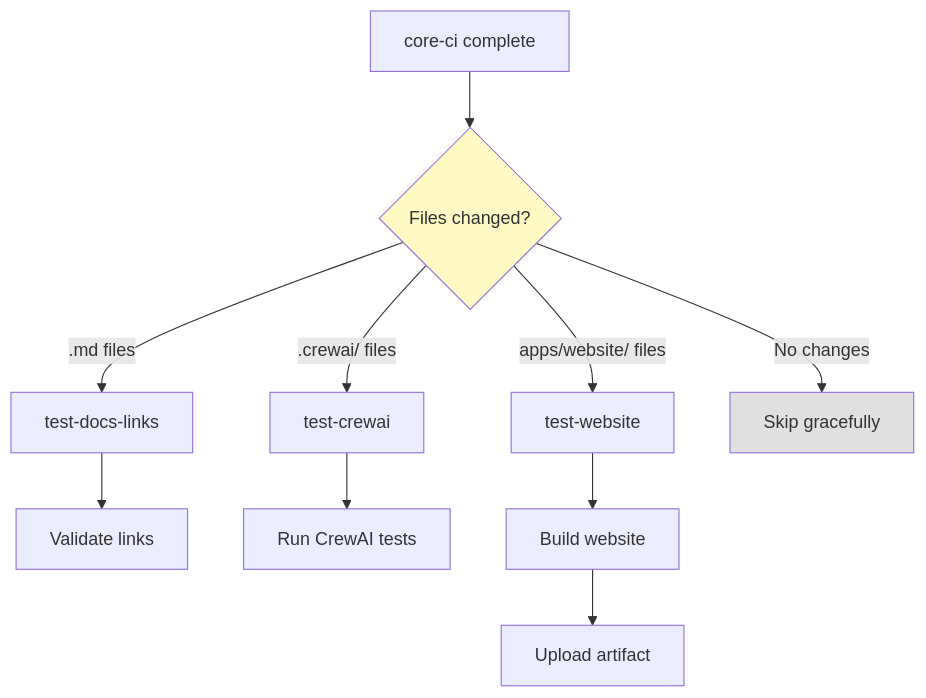
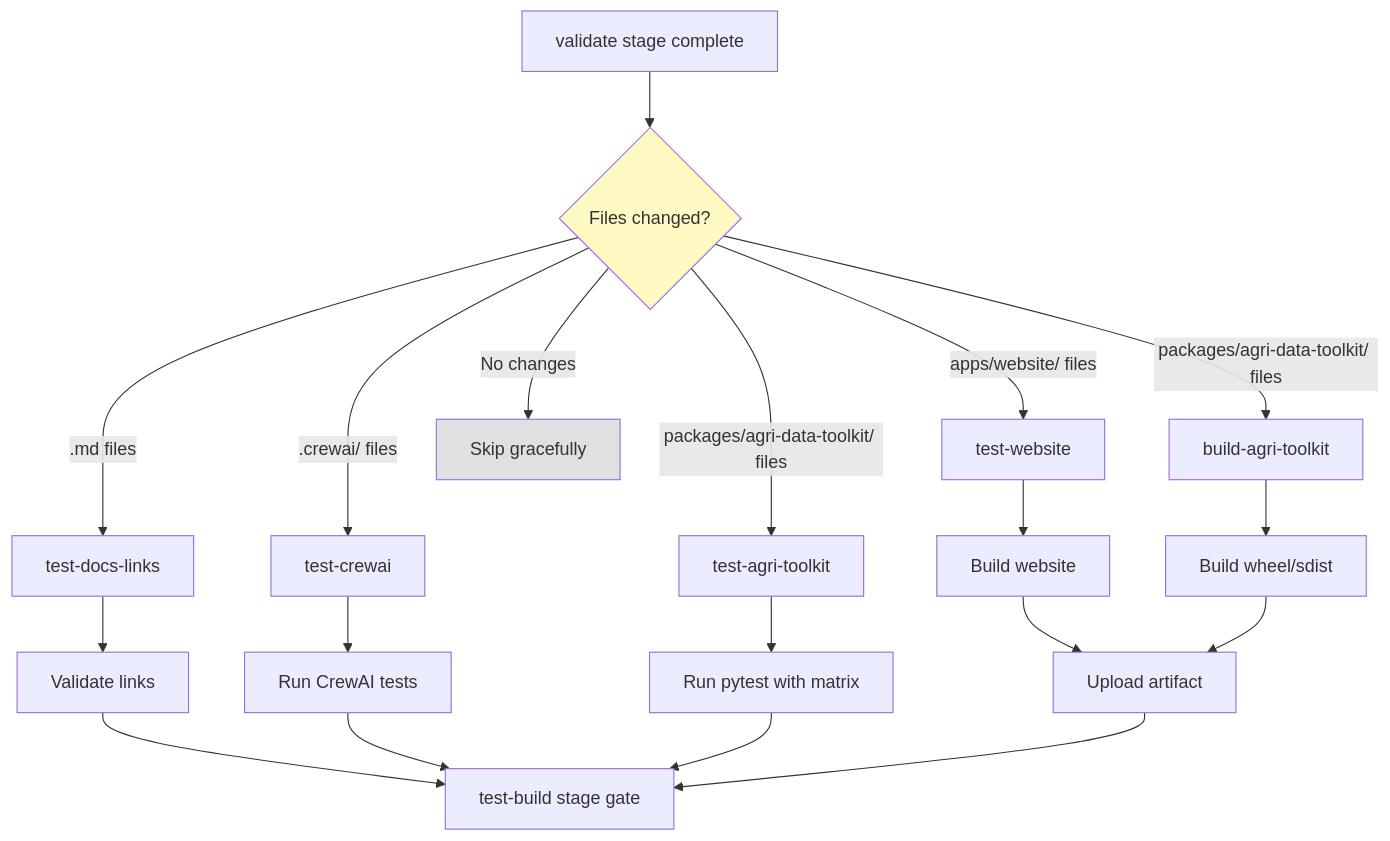
Before and after one commit to SuperiorByteWorks-LLC/ag-skills-demo: the third of 12 diagrams in .github/workflows/README.md, drawn with Mermaid. The commit also changed other lines of this file and 74 other files, not shown here.

````diff
--- a/.github/workflows/README.md
+++ b/.github/workflows/README.md
@@ -78,18 +96,28 @@
 ```mermaid
 graph TD
-    A[core-ci complete] --> B{Files changed?}
-    
-    B -->|.md files| C[test-docs-links]
-    B -->|.crewai/ files| D[test-crewai]
-    B -->|apps/website/ files| E[test-website]
-    B -->|No changes| F[Skip gracefully]
-    
-    C --> G[Validate links]
-    D --> H[Run CrewAI tests]
-    E --> I[Build website]
-    
-    I --> J[Upload artifact]
-    
-    style B fill:#fff9c4
-    style F fill:#e0e0e0
+A[validate stage complete] --> B{Files changed?}
+
+B -->|.md files| C[test-docs-links]
+B -->|.crewai/ files| D[test-crewai]
+B -->|apps/website/ files| E[test-website]
+B -->|packages/agri-data-toolkit/ files| F[test-agri-toolkit]
+B -->|packages/agri-data-toolkit/ files| G[build-agri-toolkit]
+B -->|No changes| H[Skip gracefully]
+
+C --> I[Validate links]
+D --> J[Run CrewAI tests]
+E --> K[Build website]
+F --> L[Run pytest with matrix]
+G --> M[Build wheel/sdist]
+
+K --> N[Upload artifact]
+M --> N
+
+I --> O[test-build stage gate]
+J --> O
+L --> O
+N --> O
+
+style B fill:#fff9c4
+style H fill:#e0e0e0
 ```
````
